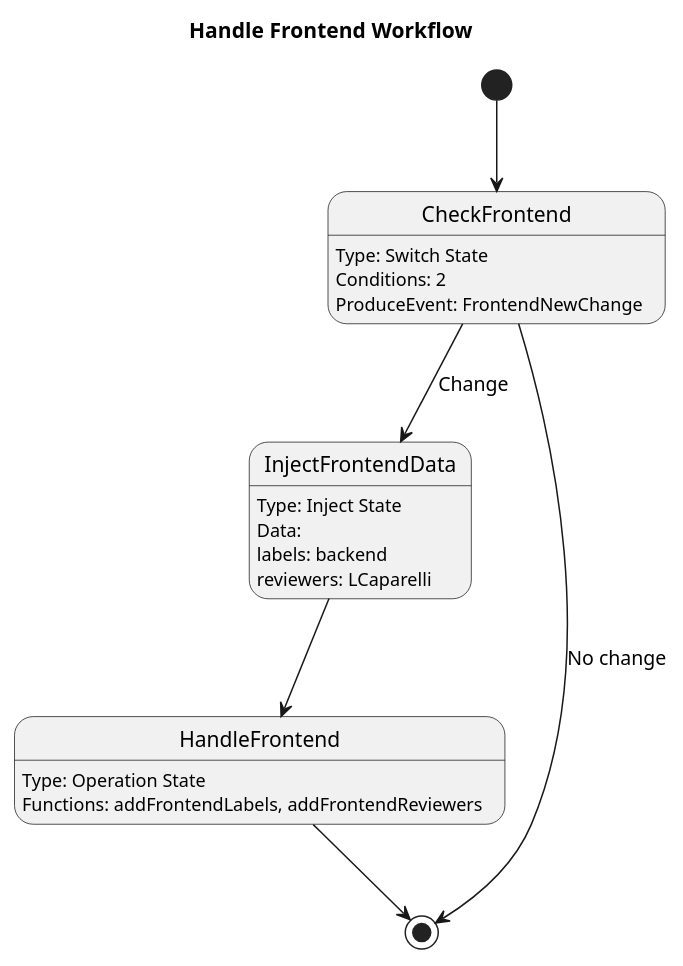
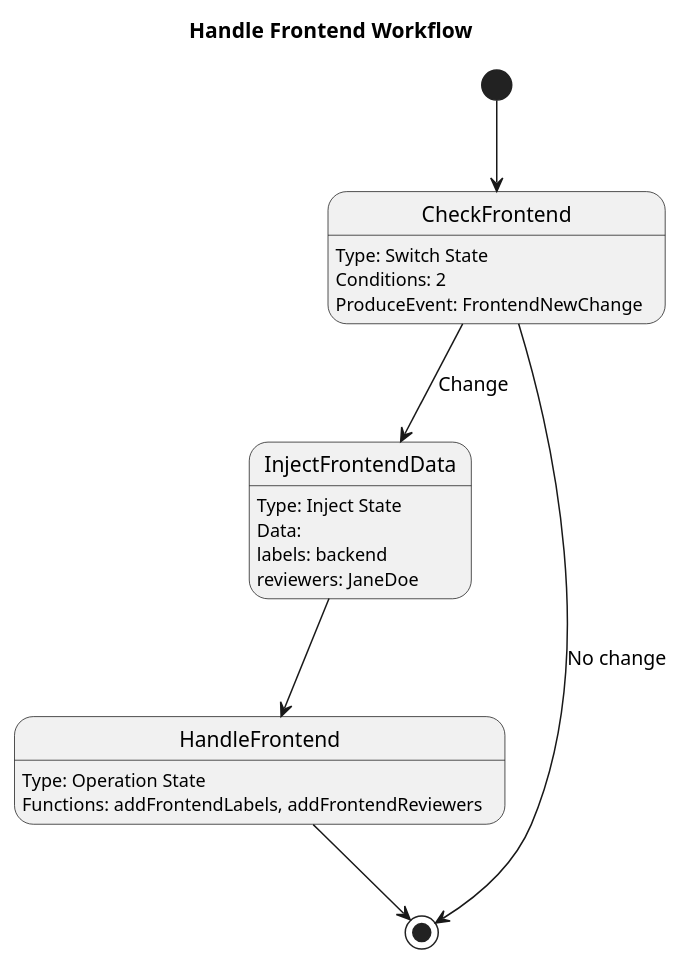
One commit to apache/incubator-kie-kogito-examples changed the diagram in serverless-workflow-github-showcase/pr-checker-workflow/src/main/resources/handle-frontend.puml. Above: the diagram before and after it, drawn with PlantUML. The commit also changed 20 other files, not shown here.

```diff
--- a/serverless-workflow-github-showcase/pr-checker-workflow/src/main/resources/handle-frontend.puml
+++ b/serverless-workflow-github-showcase/pr-checker-workflow/src/main/resources/handle-frontend.puml
@@ -1,26 +1,26 @@
 @startuml
 title Handle Frontend Workflow
 skinparam backgroundColor White
 skinparam state {
 StartColor Green
 EndColor Red
 }
 [*] --> CheckFrontend
 
 CheckFrontend: Type: Switch State
 CheckFrontend: Conditions: 2
 CheckFrontend: ProduceEvent: FrontendNewChange
 CheckFrontend --> InjectFrontendData : Change
 CheckFrontend --> [*] : No change
 
 InjectFrontendData : Type: Inject State
 InjectFrontendData: Data:
 InjectFrontendData: labels: backend
-InjectFrontendData: reviewers: LCaparelli
+InjectFrontendData: reviewers: JaneDoe
 InjectFrontendData --> HandleFrontend
 
 HandleFrontend : Type: Operation State
 HandleFrontend : Functions: addFrontendLabels, addFrontendReviewers
 HandleFrontend --> [*]
 
 @enduml
```
